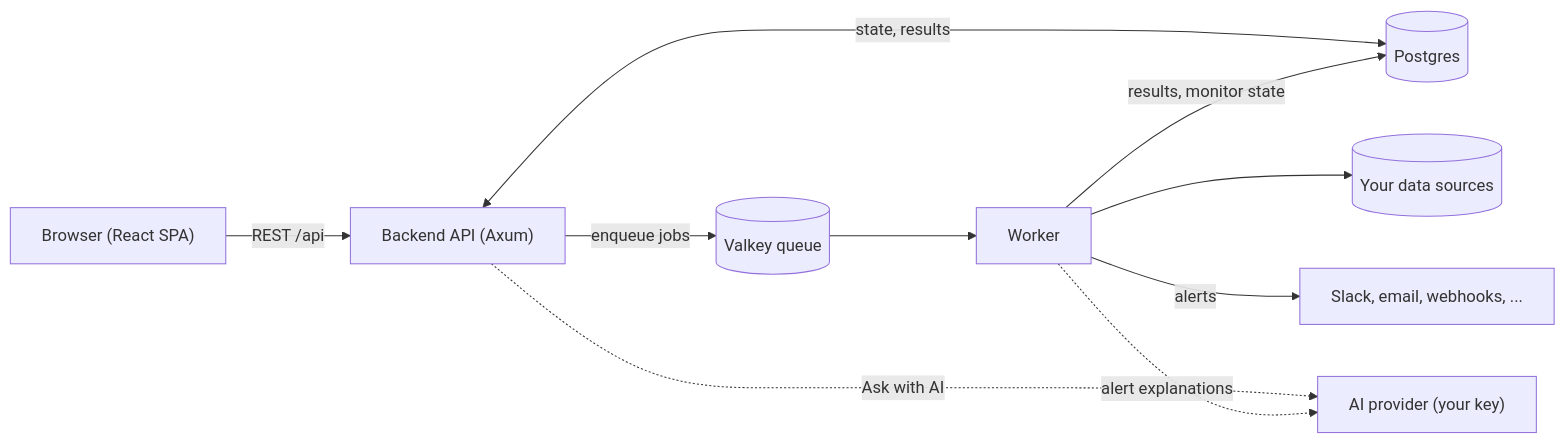
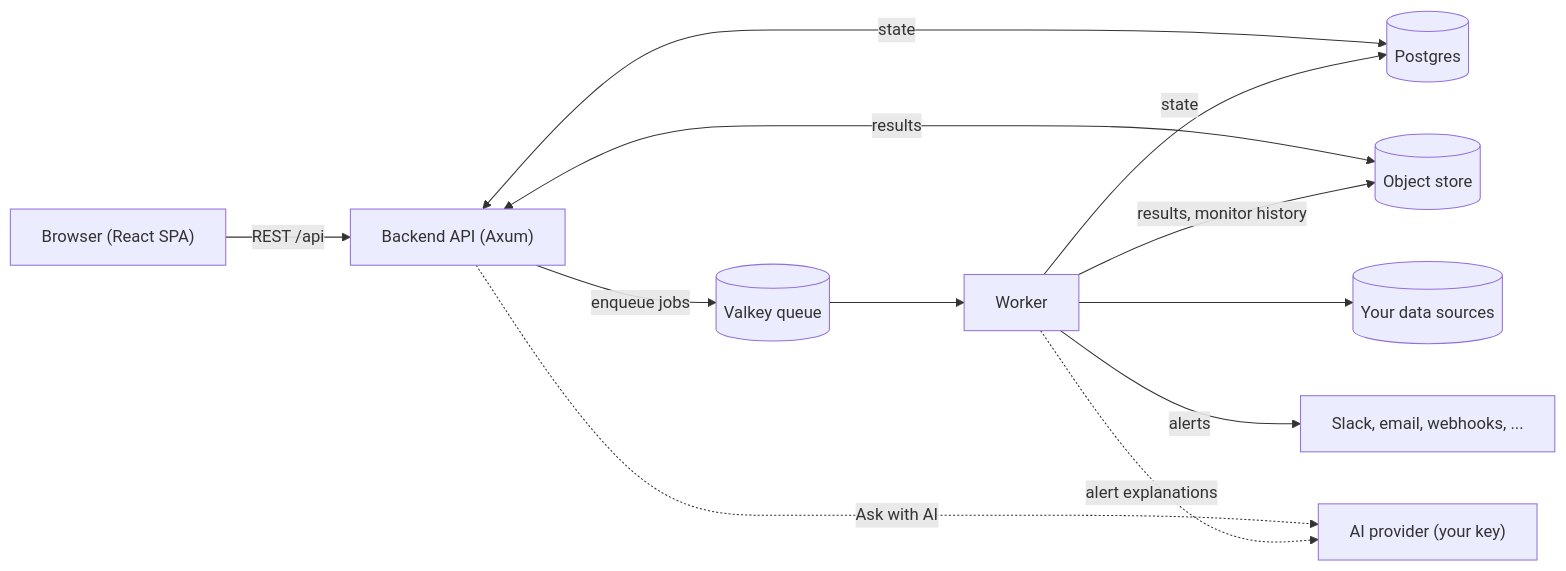
Before and after one commit to arcodash/arcodash: the diagram in README.md, drawn with Mermaid. The commit also changed other lines of this file and 4 other files, not shown here.

First line of the commit message:
fix(dashboard): result footnote sits in the tile footer; docs for object-store results

````diff
--- a/README.md
+++ b/README.md
@@ -155,12 +155,14 @@
 ```mermaid
 flowchart LR
     Browser["Browser (React SPA)"] -->|REST /api| API["Backend API (Axum)"]
-    API <-->|state, results| PG[("Postgres")]
+    API <-->|state| PG[("Postgres")]
+    API <-->|results| OS[("Object store")]
     API -->|enqueue jobs| VK[("Valkey queue")]
     VK --> Worker["Worker"]
     Worker --> Data[("Your data sources")]
-    Worker -->|results, monitor state| PG
+    Worker -->|state| PG
+    Worker -->|results, monitor history| OS
     Worker -->|alerts| Dest["Slack, email, webhooks, ..."]
     API -.->|Ask with AI| AI["AI provider (your key)"]
     Worker -.->|alert explanations| AI
 ```
````
